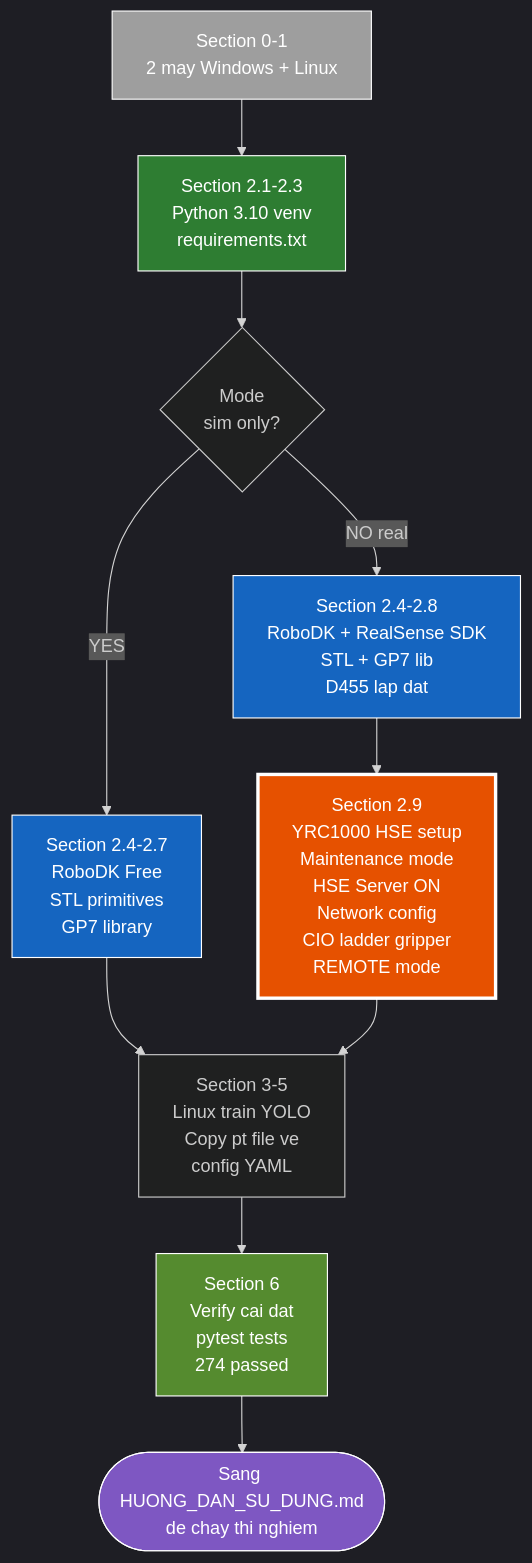
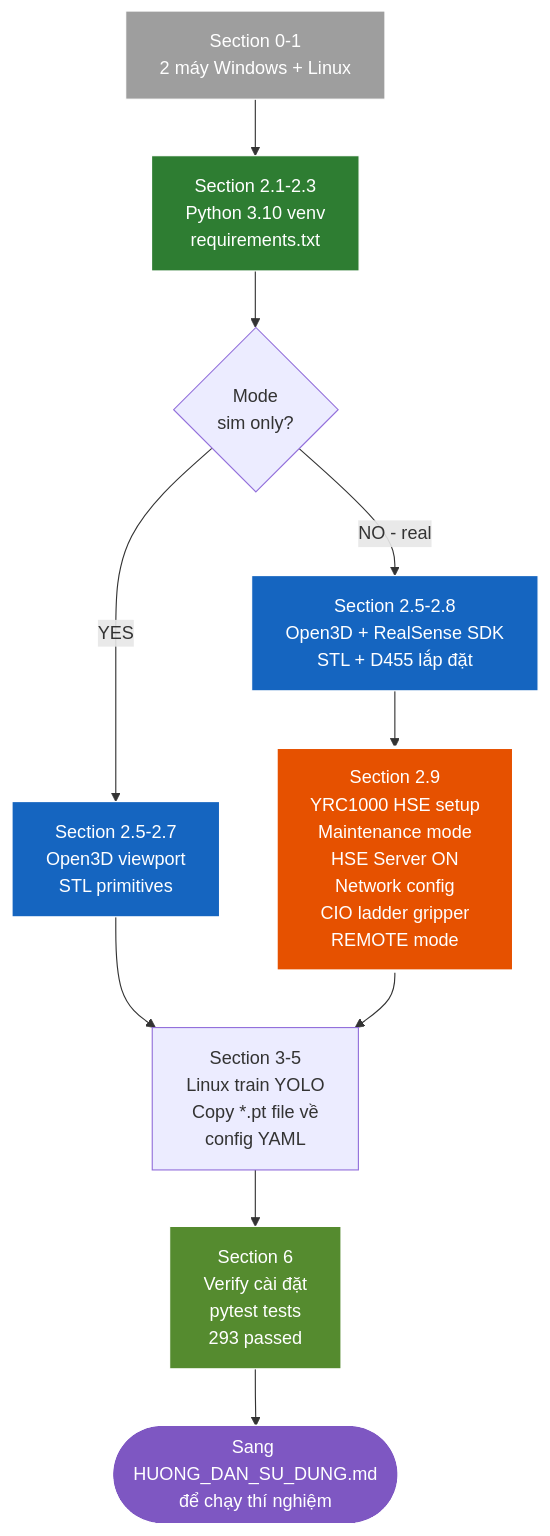
One commit to manhhv87/DTwinGP7 changed the first of 2 diagrams in docs/HUONG_DAN_CAI_DAT.md. Above: the diagram before and after it, drawn with Mermaid. The commit also changed other lines of this file and 54 other files, not shown here.

````diff
--- a/docs/HUONG_DAN_CAI_DAT.md
+++ b/docs/HUONG_DAN_CAI_DAT.md
@@ -16,21 +17,20 @@
 ```mermaid
-%%{init: {'theme':'dark'}}%%
 flowchart TB
-    S0[Section 0-1<br/>2 may Windows + Linux] --> S1[Section 2.1-2.3<br/>Python 3.10 venv<br/>requirements.txt]
+    S0[Section 0-1<br/>2 máy Windows + Linux] --> S1[Section 2.1-2.3<br/>Python 3.10 venv<br/>requirements.txt]
     S1 --> Q1{Mode<br/>sim only?}
-    Q1 -->|YES| S2A[Section 2.4-2.7<br/>RoboDK Free<br/>STL primitives<br/>GP7 library]
-    Q1 -->|NO real| S2B[Section 2.4-2.8<br/>RoboDK + RealSense SDK<br/>STL + GP7 lib<br/>D455 lap dat]
+    Q1 -->|YES| S2A[Section 2.5-2.7<br/>Open3D viewport<br/>STL primitives]
+    Q1 -->|NO - real| S2B[Section 2.5-2.8<br/>Open3D + RealSense SDK<br/>STL + D455 lắp đặt]
     S2B --> S3[Section 2.9<br/>YRC1000 HSE setup<br/>Maintenance mode<br/>HSE Server ON<br/>Network config<br/>CIO ladder gripper<br/>REMOTE mode]
-    S2A --> S4[Section 3-5<br/>Linux train YOLO<br/>Copy pt file ve<br/>config YAML]
+    S2A --> S4[Section 3-5<br/>Linux train YOLO<br/>Copy *.pt file về<br/>config YAML]
     S3 --> S4
-    S4 --> S5[Section 6<br/>Verify cai dat<br/>pytest tests<br/>274 passed]
-    S5 --> DONE([Sang HUONG_DAN_SU_DUNG.md<br/>de chay thi nghiem])
+    S4 --> S5[Section 6<br/>Verify cài đặt<br/>pytest tests<br/>293 passed]
+    S5 --> DONE([Sang HUONG_DAN_SU_DUNG.md<br/>để chạy thí nghiệm])
 
     style S0 fill:#9E9E9E,stroke:#fff,color:#fff
     style S1 fill:#2E7D32,stroke:#fff,color:#fff
     style S2A fill:#1565C0,stroke:#fff,color:#fff
     style S2B fill:#1565C0,stroke:#fff,color:#fff
     style S3 fill:#E65100,stroke:#fff,stroke-width:3px,color:#fff
     style S5 fill:#558B2F,stroke:#fff,color:#fff
     style DONE fill:#7E57C2,stroke:#fff,color:#fff
 ```
````
